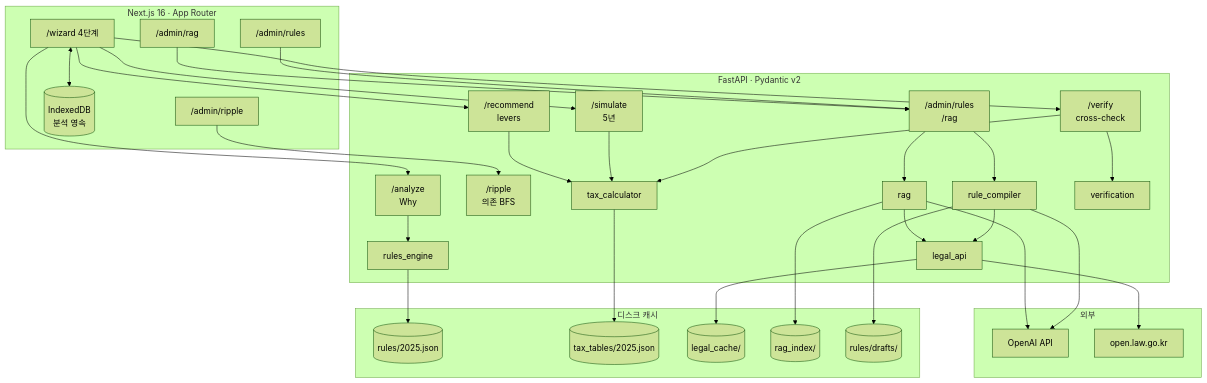
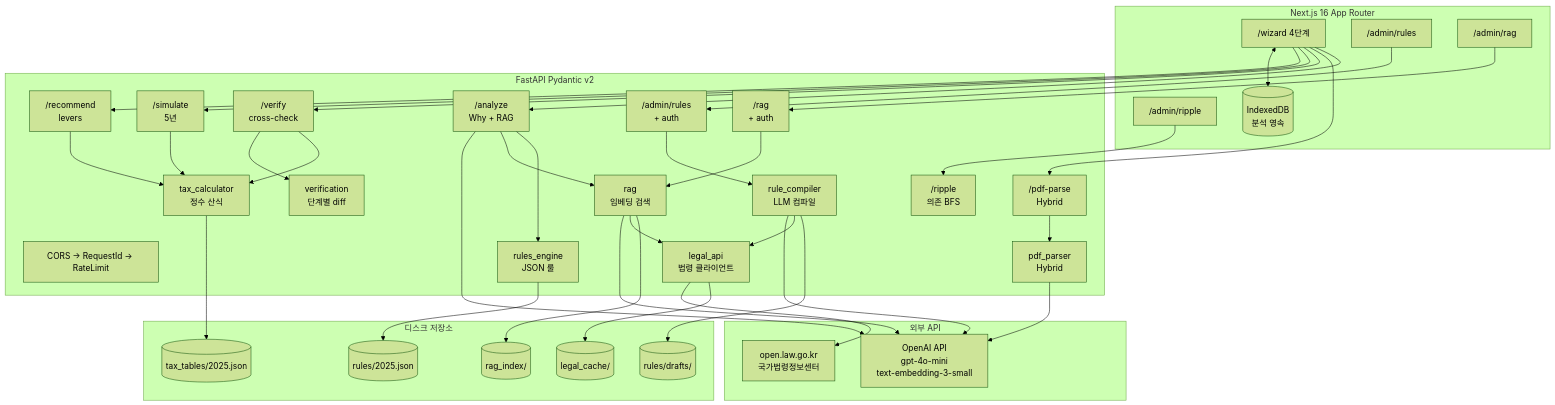
Before and after one commit to KANGJIYEON2/susemi: the diagram in README.md, drawn with Mermaid (forest theme). The commit also changed other lines of this file and 1 other file, not shown here.

````diff
--- a/README.md
+++ b/README.md
@@ -141,63 +284,72 @@
 ```mermaid
 flowchart TB
-    subgraph C[Next.js 16 · App Router]
+    subgraph C[Next.js 16 App Router]
         WIZ["/wizard 4단계"]
         AR["/admin/rules"]
         AG["/admin/rag"]
         AP["/admin/ripple"]
         IDB[(IndexedDB<br/>분석 영속)]
     end
 
-    subgraph S[FastAPI · Pydantic v2]
-        ANA["/analyze<br/>Why"]
+    subgraph S[FastAPI Pydantic v2]
+        MW["CORS → RequestId → RateLimit"]
+
+        ANA["/analyze<br/>Why + RAG"]
+        PDF["/pdf-parse<br/>Hybrid"]
         VER["/verify<br/>cross-check"]
         SIM["/simulate<br/>5년"]
         REC["/recommend<br/>levers"]
         RIP["/ripple<br/>의존 BFS"]
-        ADM["/admin/rules<br/>/rag"]
+        ADM["/admin/rules<br/>+ auth"]
+        RAG["/rag<br/>+ auth"]
 
-        TC[tax_calculator]
-        RE[rules_engine]
-        RC[rule_compiler]
-        LA[legal_api]
-        RG[rag]
-        VF[verification]
+        TC[tax_calculator<br/>정수 산식]
+        RE[rules_engine<br/>JSON 룰]
+        RC[rule_compiler<br/>LLM 컴파일]
+        LA[legal_api<br/>법령 클라이언트]
+        RG[rag<br/>임베딩 검색]
+        VF[verification<br/>단계별 diff]
+        PP[pdf_parser<br/>Hybrid]
     end
 
-    subgraph X[외부]
-        OAI[OpenAI API]
-        LAW[open.law.go.kr]
+    subgraph X[외부 API]
+        OAI[OpenAI API<br/>gpt-4o-mini<br/>text-embedding-3-small]
+        LAW[open.law.go.kr<br/>국가법령정보센터]
     end
 
-    subgraph D[디스크 캐시]
+    subgraph D[디스크 저장소]
         RJ[(rules/2025.json)]
         TJ[(tax_tables/2025.json)]
         LC[(legal_cache/)]
         RI[(rag_index/)]
         DR[(rules/drafts/)]
     end
 
-    WIZ --> ANA & VER & SIM & REC
+    WIZ --> ANA & PDF & VER & SIM & REC
     AR --> ADM
-    AG --> ADM
+    AG --> RAG
     AP --> RIP
     WIZ <--> IDB
 
-    ANA --> RE
+    ANA --> RE & RG
+    PDF --> PP
     VER --> TC & VF
     SIM --> TC
     REC --> TC
 
     RE --> RJ
     TC --> TJ
     LA --> LC
     RG --> RI
     RC --> DR
 
-    ADM --> RC & RG
+    ADM --> RC
+    RAG --> RG
     RC --> LA
     RG --> LA
     RC --> OAI
     RG --> OAI
+    PP --> OAI
+    ANA --> OAI
     LA --> LAW
 ```
````
